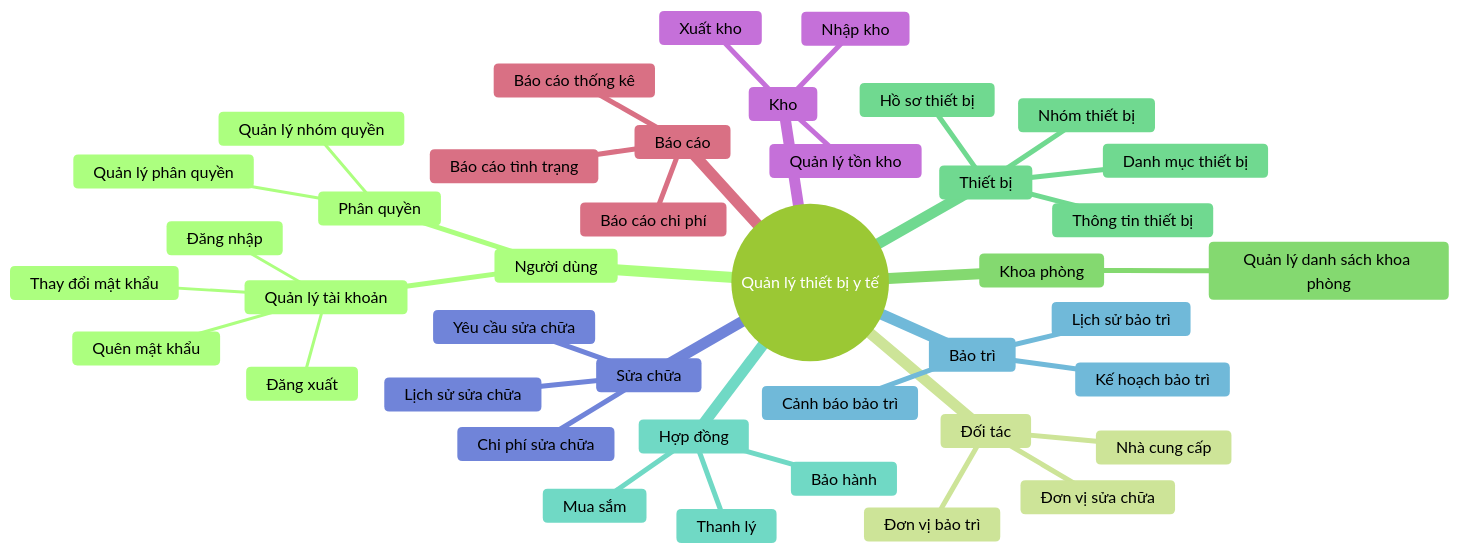
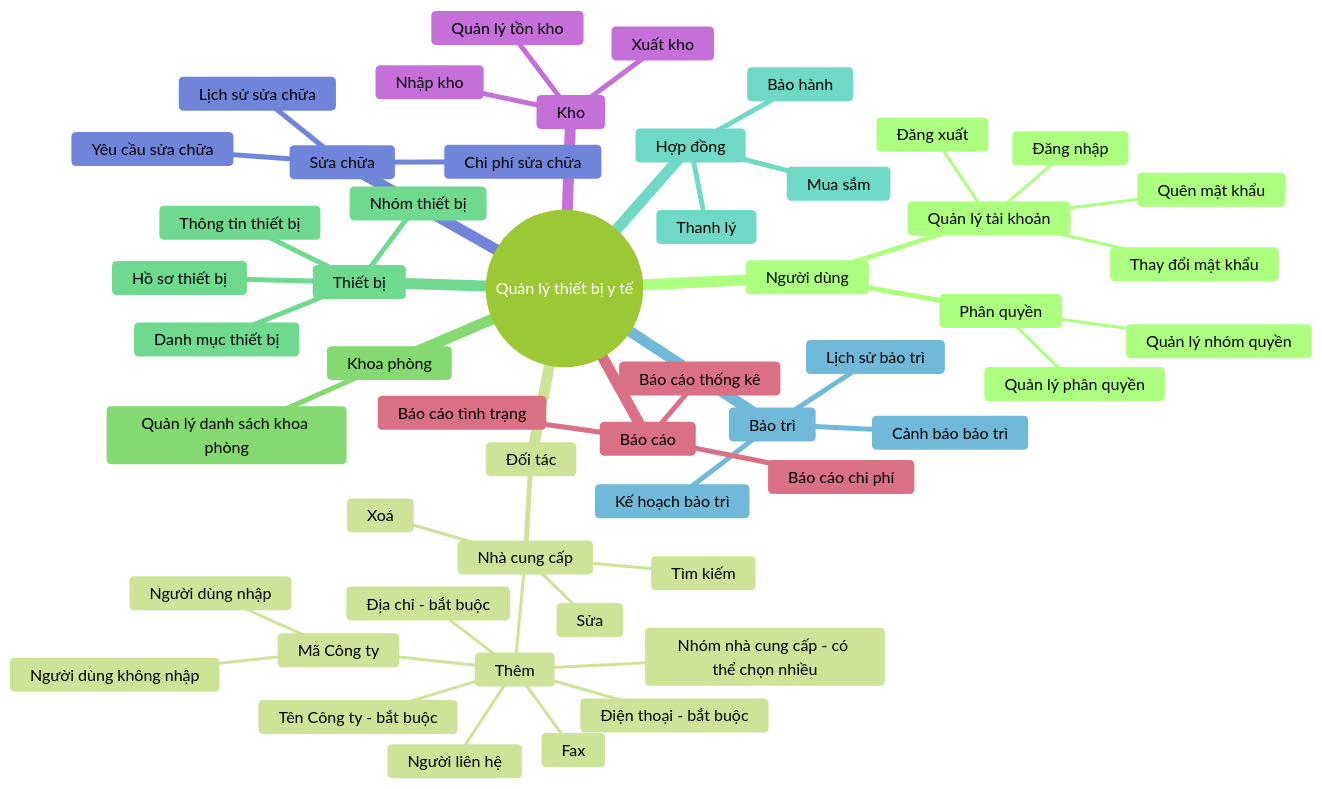
One commit to nthanhdo/mems-brainstorm changed the diagram in mindmap.md. Above: the diagram before and after it, drawn with Mermaid (forest theme).

````diff
--- a/mindmap.md
+++ b/mindmap.md
@@ -1,50 +1,63 @@
 ```mermaid
 mindmap
   root((Quản lý thiết bị y tế))
     Người dùng
       Quản lý tài khoản
          Đăng nhập
          Đăng xuất
          Thay đổi mật khẩu
          Quên mật khẩu
-         
       Phân quyền
          Quản lý nhóm quyền
          Quản lý phân quyền
 
     Đối tác
       Nhà cung cấp
-      Đơn vị bảo trì
-      Đơn vị sửa chữa
+         Thêm
+            Mã Công ty 
+               Người dùng nhập 
+               Người dùng không nhập
+            Tên Công ty - bắt buộc
+            Địa chỉ - bắt buộc
+            Người liên hệ
+            Điện thoại - bắt buộc
+            Fax
+            Nhóm nhà cung cấp - có thể chọn nhiều
+                
+            
+
+         Sửa
+         Xoá
+         Tìm kiếm
     Khoa phòng
       Quản lý danh sách khoa phòng
       
     Thiết bị
       Nhóm thiết bị
       Danh mục thiết bị
       Thông tin thiết bị
       Hồ sơ thiết bị
 
     Hợp đồng
       Mua sắm
       Bảo hành
       Thanh lý
     Bảo trì
       Kế hoạch bảo trì
       Lịch sử bảo trì
       Cảnh báo bảo trì
     Sửa chữa
       Yêu cầu sửa chữa
       Lịch sử sửa chữa
       Chi phí sửa chữa
     Kho
       Quản lý tồn kho
       Nhập kho
       Xuất kho
     Báo cáo
       Báo cáo thống kê
       Báo cáo tình trạng
       Báo cáo chi phí
    
 
 ```
````
